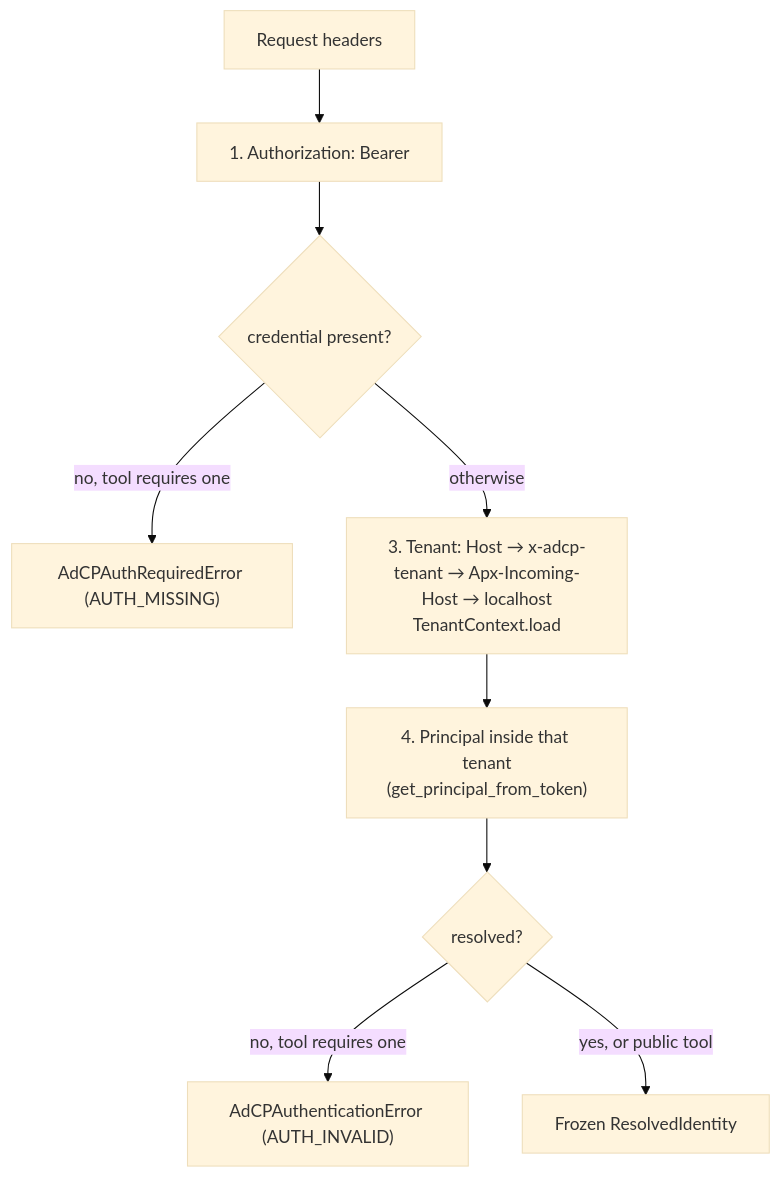
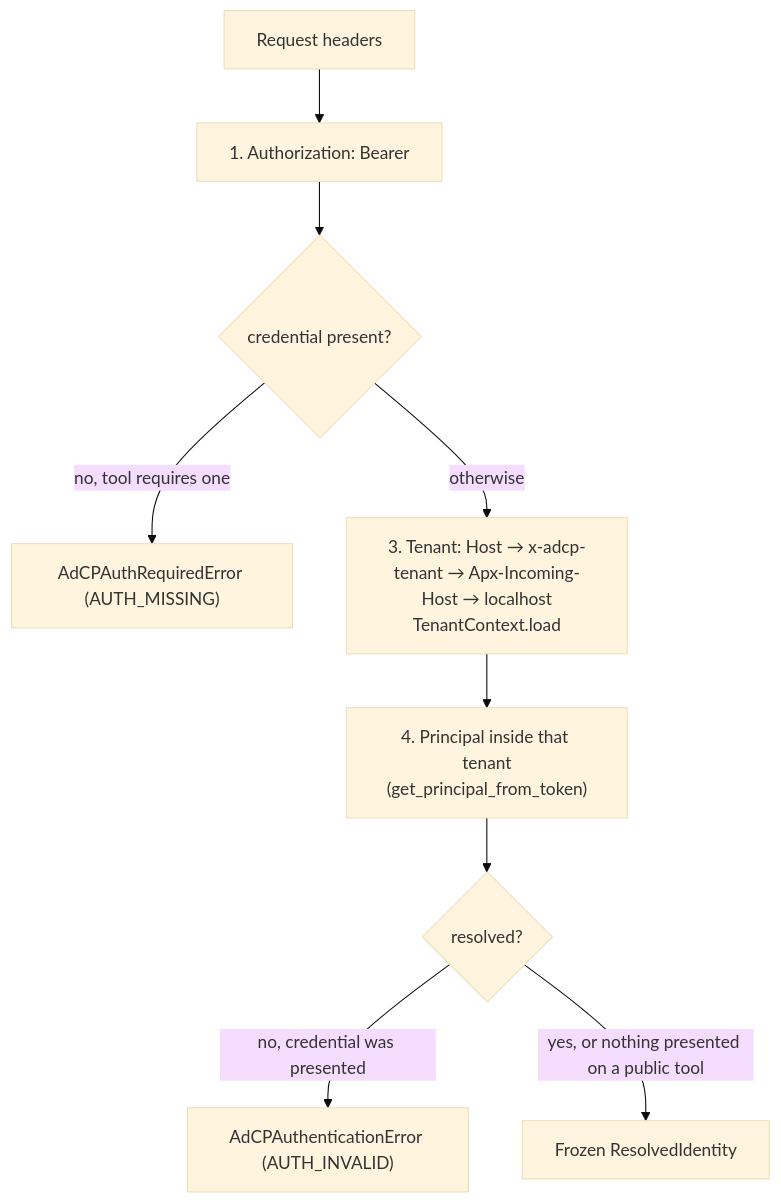
The second of 3 diagrams in docs/development/request-lifecycle.md (KonstantinMirin/prebid-salesagent), drawn with Mermaid (base theme) before and after one commit. The commit also changed other lines of this file and 10 other files, not shown here.

````diff
--- a/docs/development/request-lifecycle.md
+++ b/docs/development/request-lifecycle.md
@@ -135,11 +136,11 @@
 ```mermaid
 flowchart TD
     hdrs["Request headers"] --> token["1. Authorization: Bearer"]
     token --> missing{"credential present?"}
     missing -->|"no, tool requires one"| am["AdCPAuthRequiredError (AUTH_MISSING)"]
     missing -->|"otherwise"| tenant["3. Tenant: Host → x-adcp-tenant → Apx-Incoming-Host → localhost\nTenantContext.load"]
     tenant --> principal["4. Principal inside that tenant\n(get_principal_from_token)"]
     principal --> valid{"resolved?"}
-    valid -->|"no, tool requires one"| ai["AdCPAuthenticationError (AUTH_INVALID)"]
-    valid -->|"yes, or public tool"| rid["Frozen ResolvedIdentity"]
+    valid -->|"no, credential was presented"| ai["AdCPAuthenticationError (AUTH_INVALID)"]
+    valid -->|"yes, or nothing presented on a public tool"| rid["Frozen ResolvedIdentity"]
 ```
````
